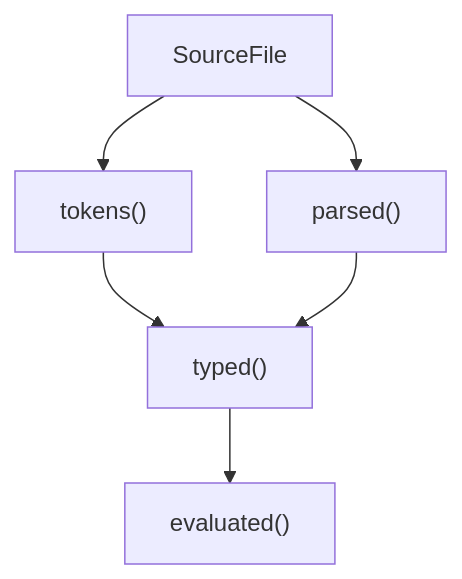
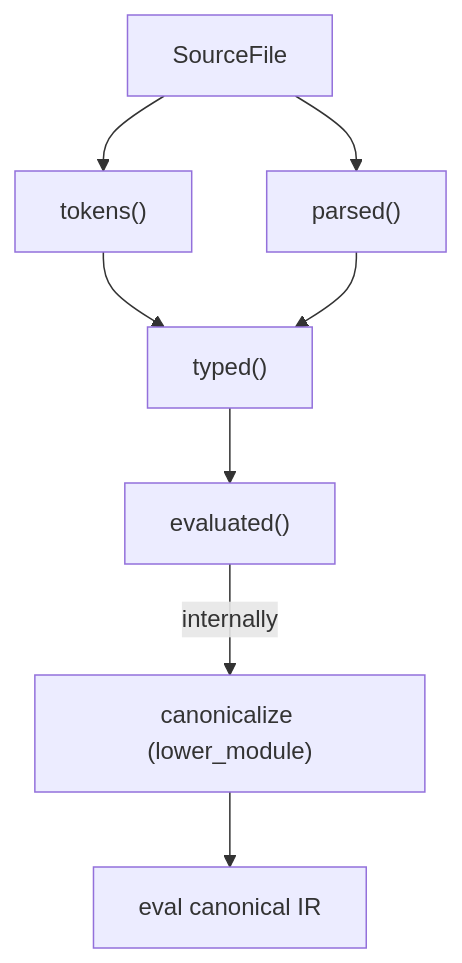
Before and after one commit to upstat-io/ori-lang: the diagram in docs/compiler/design/01-architecture/pipeline.md, drawn with Mermaid. The commit also changed other lines of this file and 202 other files, not shown here.

````diff
--- a/docs/compiler/design/01-architecture/pipeline.md
+++ b/docs/compiler/design/01-architecture/pipeline.md
@@ -114,8 +141,10 @@
 ```mermaid
 flowchart TB
     A["SourceFile"] --> B["tokens()"]
     A --> C["parsed()"]
     B --> D["typed()"]
     C --> D
     D --> E["evaluated()"]
+    E -->|"internally"| F["canonicalize (lower_module)"]
+    F --> G["eval canonical IR"]
 ```
````
